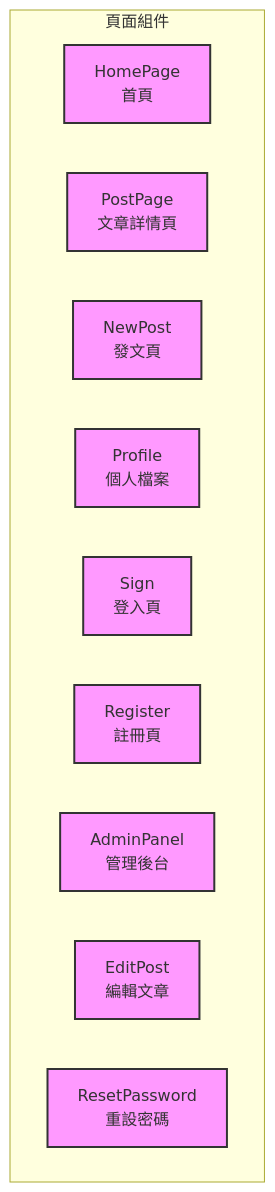
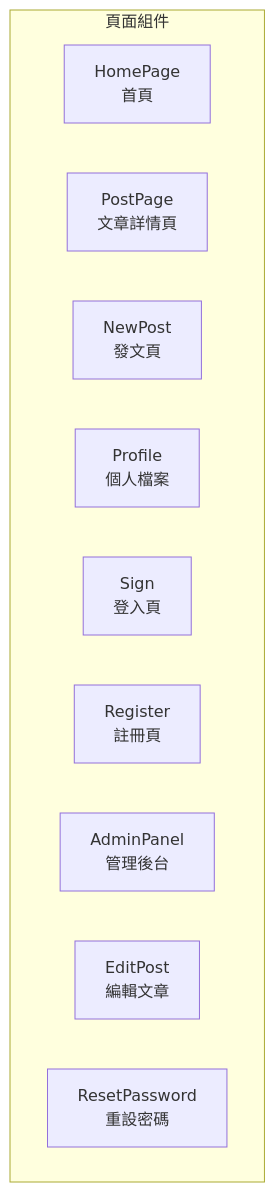
Before and after one commit to roy4222/SoulNet: the second of 9 diagrams in README.md, drawn with Mermaid. The commit also changed other lines of this file, not shown here.

Commit message:
Refactor README component diagrams by removing unnecessary class definitions to improve readability and streamline the presentation of component relationships.

````diff
--- a/README.md
+++ b/README.md
@@ -84,17 +84,14 @@
 ```mermaid
 graph TD
     subgraph Pages[頁面組件]
         HP[HomePage<br/>首頁]
         PP[PostPage<br/>文章詳情頁]
         NP[NewPost<br/>發文頁]
         PF[Profile<br/>個人檔案]
         SG[Sign<br/>登入頁]
         RG[Register<br/>註冊頁]
         AP[AdminPanel<br/>管理後台]
         EP[EditPost<br/>編輯文章]
         RP[ResetPassword<br/>重設密碼]
     end
-    
-    classDef page fill:#f9f,stroke:#333,stroke-width:2px
-    class HP,PP,NP,PF,SG,RG,AP,EP,RP page
 ```
````
